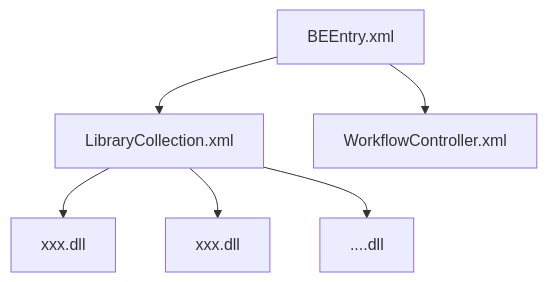
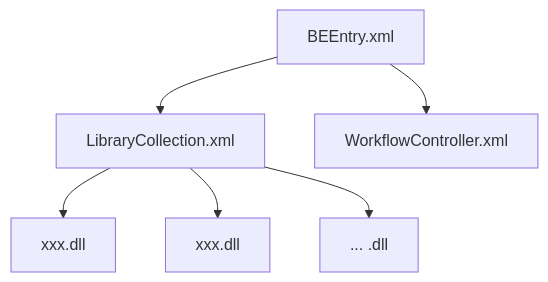
One commit to lizhedm/learning_notes changed the first of 5 diagrams in UIH_Framework_notes/BE.md. Above: the diagram before and after it, drawn with Mermaid. The commit also changed other lines of this file and 9 other files, not shown here.

````diff
--- a/UIH_Framework_notes/BE.md
+++ b/UIH_Framework_notes/BE.md
@@ -11,9 +11,15 @@
 ```mermaid
 graph TD;
-BEEntry[BEEntry.xml]
--->LC[LibraryCollection.xml];
-BEEntry[BEEntry.xml]-->WFX[WorkflowController.xml];
-LC-->Lib1[xxx.dll];
-LC-->Lib2[xxx.dll];
-LC-->Lib3[....dll];
+BEEntry[BEEntry.xml];
+LC[LibraryCollection.xml];
+WFX[WorkflowController.xml];
+Lib1[xxx.dll];
+Lib2[xxx.dll];
+Lib3[... .dll];
+
+BEEntry-->LC;
+BEEntry-->WFX;
+LC-->Lib1;
+LC-->Lib2;
+LC-->Lib3;
 ```
````
